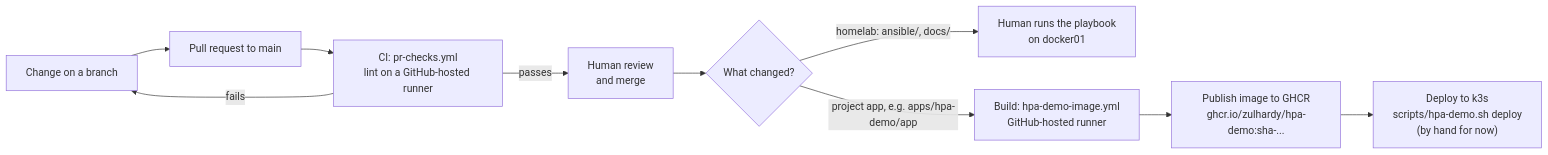
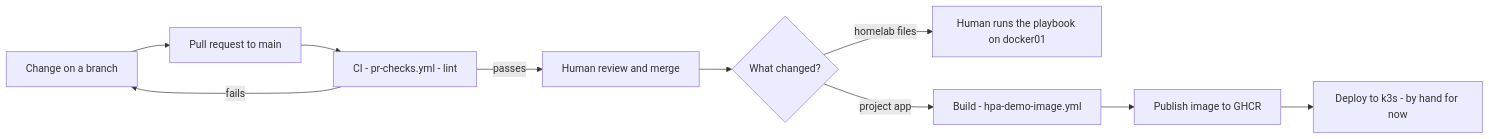
One commit to Zulhardy/homelab changed the second of 2 diagrams in README.md. Above: the diagram before and after it, drawn with Mermaid. The commit also changed other lines of this file, not shown here.

First line of the commit message:
fix(readme): simplify Mermaid diagrams so GitHub can render them

````diff
--- a/README.md
+++ b/README.md
@@ -112,12 +112,12 @@
 ```mermaid
 flowchart LR
-    A[Change on a branch] --> B[Pull request to main]
-    B --> C["CI: pr-checks.yml<br/>lint on a GitHub-hosted runner"]
-    C -->|fails| A
-    C -->|passes| D["Human review<br/>and merge"]
-    D --> E{What changed?}
-    E -->|homelab: ansible/, docs/| F["Human runs the playbook<br/>on docker01"]
-    E -->|project app, e.g. apps/hpa-demo/app| G["Build: hpa-demo-image.yml<br/>GitHub-hosted runner"]
-    G --> H["Publish image to GHCR<br/>ghcr.io/zulhardy/hpa-demo:sha-..."]
-    H --> I["Deploy to k3s<br/>scripts/hpa-demo.sh deploy<br/>(by hand for now)"]
+    A["Change on a branch"] --> B["Pull request to main"]
+    B --> C["CI - pr-checks.yml - lint"]
+    C -->|"fails"| A
+    C -->|"passes"| D["Human review and merge"]
+    D --> E{"What changed?"}
+    E -->|"homelab files"| F["Human runs the playbook on docker01"]
+    E -->|"project app"| G["Build - hpa-demo-image.yml"]
+    G --> H["Publish image to GHCR"]
+    H --> I["Deploy to k3s - by hand for now"]
 ```
````
